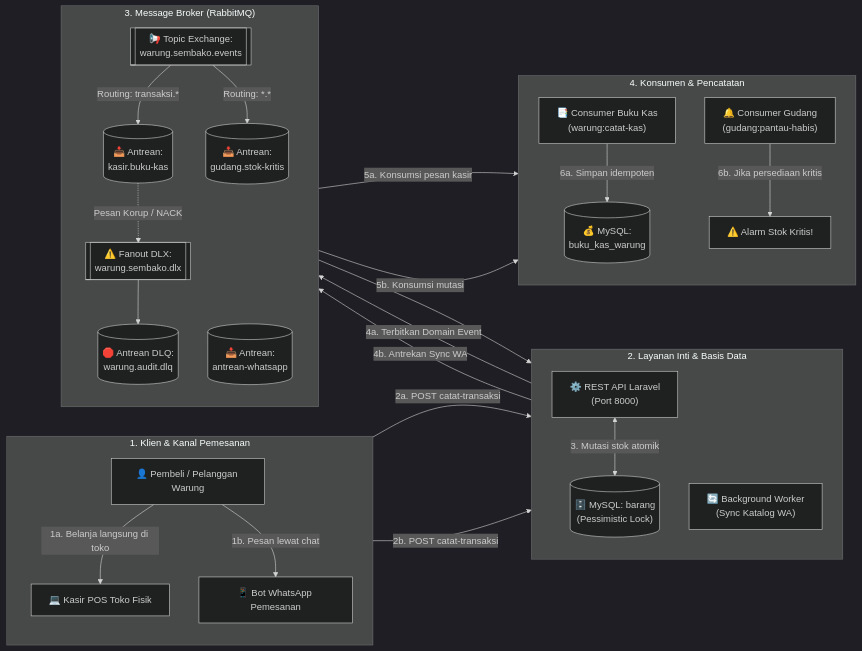
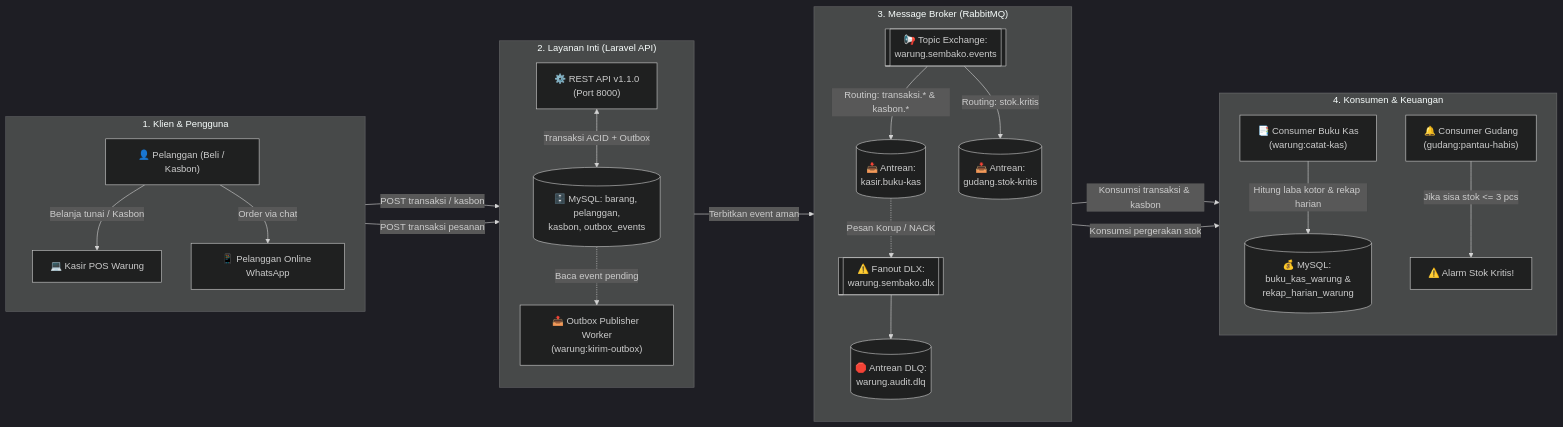
One commit to jackalwyssad/warung-ibu-beti changed the first of 3 diagrams in README.md. Above: the diagram before and after it, drawn with Mermaid (dark theme). The commit also changed other lines of this file and 39 other files, not shown here.

Commit message:
feat: implementasi fitur khas kasbon, outbox pattern, rekap laba kotor, dan openapi v1.1.0 Warung Ibu Beti

````diff
--- a/README.md
+++ b/README.md
@@ -37,59 +36,60 @@
 ```mermaid
 flowchart LR
-    %% Definisi Kolom Subgraf Berurutan dari Kiri ke Kanan
-    subgraph S1 ["1. Klien & Kanal Pemesanan"]
+    %% Subgraf 1: Klien & Kanal
+    subgraph S1 ["1. Klien & Pengguna"]
         direction TB
-        Pembeli["👤 Pembeli / Pelanggan Warung"]
-        Kasir["💻 Kasir POS Toko Fisik"]
-        BotWA["📱 Bot WhatsApp Pemesanan"]
+        Kasir["💻 Kasir POS Warung"]
+        Pelanggan["👤 Pelanggan (Beli / Kasbon)"]
+        BotWA["📱 Pelanggan Online WhatsApp"]
     end
 
-    subgraph S2 ["2. Layanan Inti & Basis Data"]
+    %% Subgraf 2: Layanan Inti
+    subgraph S2 ["2. Layanan Inti (Laravel API)"]
         direction TB
-        API["⚙️ REST API Laravel<br/>(Port 8000)"]
-        DB[("🗄️ MySQL: barang<br/>(Pessimistic Lock)")]
-        Worker["🔄 Background Worker<br/>(Sync Katalog WA)"]
+        API["⚙️ REST API v1.1.0<br/>(Port 8000)"]
+        DB[("🗄️ MySQL: barang, pelanggan,<br/>kasbon, outbox_events")]
+        OutboxWorker["📤 Outbox Publisher Worker<br/>(warung:kirim-outbox)"]
     end
 
+    %% Subgraf 3: RabbitMQ Broker
     subgraph S3 ["3. Message Broker (RabbitMQ)"]
         direction TB
         ExEvents[["📢 Topic Exchange:<br/>warung.sembako.events"]]
         QKas[("📥 Antrean:<br/>kasir.buku-kas")]
         QGudang[("📥 Antrean:<br/>gudang.stok-kritis")]
-        QWA[("📥 Antrean:<br/>antrean-whatsapp")]
         ExDLX[["⚠️ Fanout DLX:<br/>warung.sembako.dlx"]]
         QDLQ[("🛑 Antrean DLQ:<br/>warung.audit.dlq")]
     end
 
-    subgraph S4 ["4. Konsumen & Pencatatan"]
+    %% Subgraf 4: Konsumen & Laporan
+    subgraph S4 ["4. Konsumen & Keuangan"]
         direction TB
         ConsKas["📑 Consumer Buku Kas<br/>(warung:catat-kas)"]
-        DBKas[("💰 MySQL:<br/>buku_kas_warung")]
+        DBRekap[("💰 MySQL: buku_kas_warung &<br/>rekap_harian_warung")]
         ConsGudang["🔔 Consumer Gudang<br/>(gudang:pantau-habis)"]
-        Alert["⚠️ Alarm Stok Kritis!"]
+        Alarm["⚠️ Alarm Stok Kritis!"]
     end
 
-    %% Hubungan Kolom 1 ke Kolom 2
-    Pembeli -->|1a. Belanja langsung di toko| Kasir
-    Pembeli -->|1b. Pesan lewat chat| BotWA
-    Kasir -->|2a. POST catat-transaksi| API
-    BotWA -->|2b. POST catat-transaksi| API
-    API <-->|3. Mutasi stok atomik| DB
+    %% Hubungan S1 -> S2
+    Pelanggan -->|Belanja tunai / Kasbon| Kasir
+    Pelanggan -->|Order via chat| BotWA
+    Kasir -->|POST transaksi / kasbon| API
+    BotWA -->|POST transaksi pesanan| API
+    API <-->|Transaksi ACID + Outbox| DB
 
-    %% Hubungan Kolom 2 ke Kolom 3
-    API -->|4a. Terbitkan Domain Event| ExEvents
-    API -->|4b. Antrekan Sync WA| QWA
-    QWA --> Worker
+    %% Hubungan S2 -> S3 (Asinkron Outbox)
+    DB -.->|Baca event pending| OutboxWorker
+    OutboxWorker -->|Terbitkan event aman| ExEvents
 
-    %% Routing di dalam Broker (Kolom 3)
-    ExEvents -->|Routing: transaksi.*| QKas
-    ExEvents -->|Routing: *.*| QGudang
+    %% Routing di dalam Broker
+    ExEvents -->|Routing: transaksi.* & kasbon.*| QKas
+    ExEvents -->|Routing: stok.kritis| QGudang
     QKas -.->|Pesan Korup / NACK| ExDLX
     ExDLX --> QDLQ
 
-    %% Hubungan Kolom 3 ke Kolom 4
-    QKas -->|5a. Konsumsi pesan kasir| ConsKas
-    ConsKas -->|6a. Simpan idempoten| DBKas
-    QGudang -->|5b. Konsumsi mutasi| ConsGudang
-    ConsGudang -->|6b. Jika persediaan kritis| Alert
+    %% Hubungan S3 -> S4
+    QKas -->|Konsumsi transaksi & kasbon| ConsKas
+    ConsKas -->|Hitung laba kotor & rekap harian| DBRekap
+    QGudang -->|Konsumsi pergerakan stok| ConsGudang
+    ConsGudang -->|Jika sisa stok <= 3 pcs| Alarm
 ```
````
